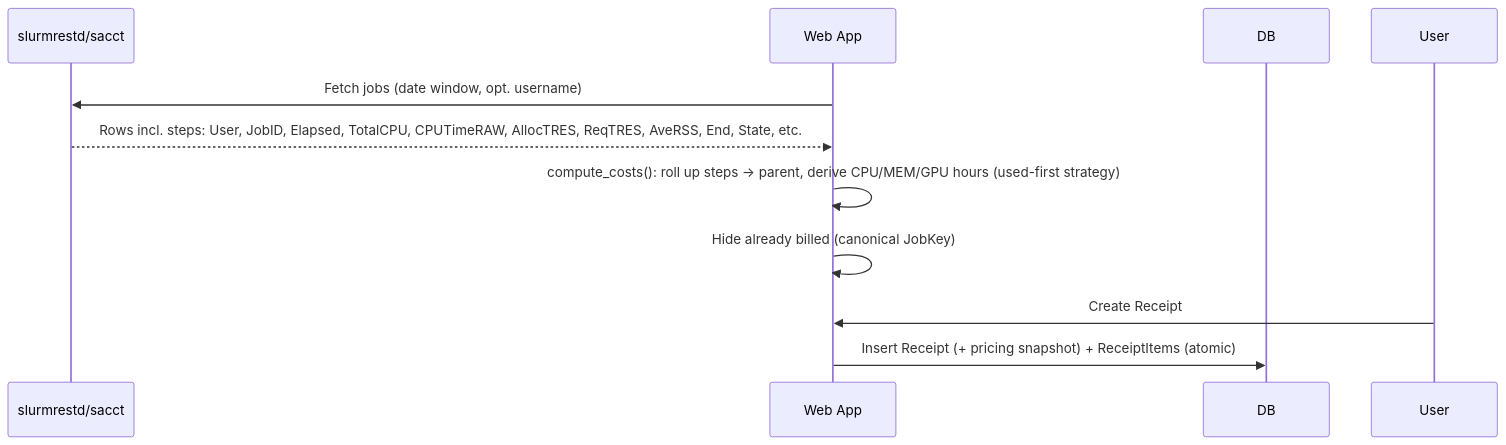
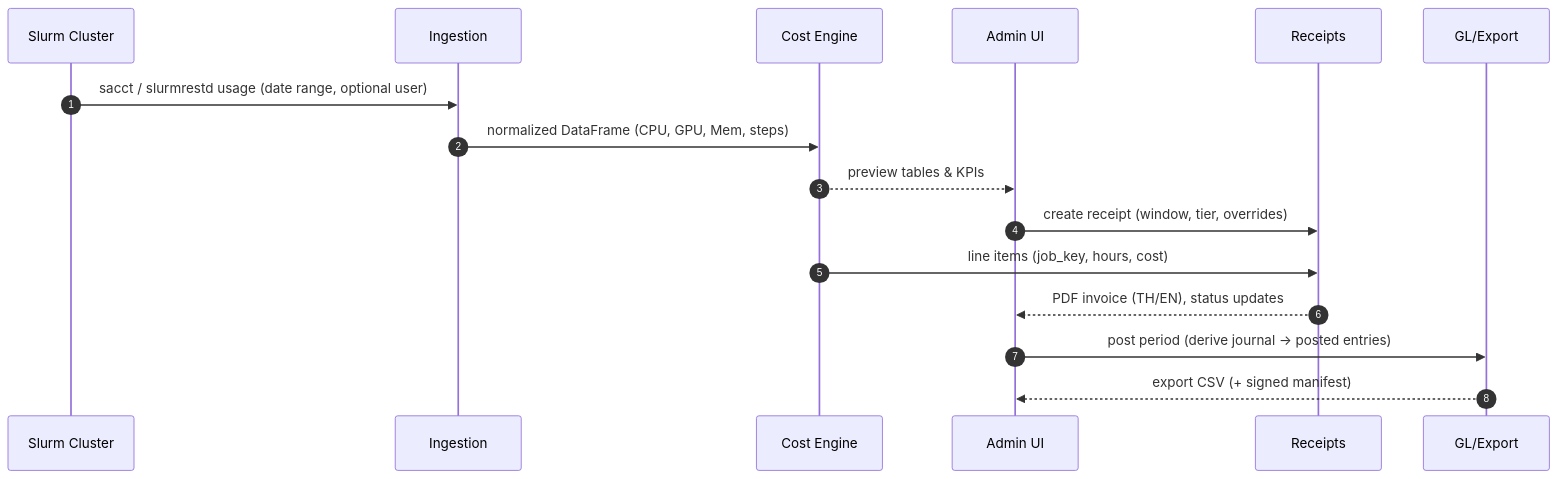
One commit to Purinat33/hpc_flask changed the second of 2 diagrams in docs/index.md. Above: the diagram before and after it, drawn with Mermaid. The commit also changed other lines of this file and 3 other files, not shown here.

````diff
--- a/docs/index.md
+++ b/docs/index.md
@@ -101,13 +118,19 @@
 ```mermaid
 sequenceDiagram
-  participant Slurm as slurmrestd/sacct
-  participant App as Web App
-  participant DB as DB
+    autonumber
+    participant Slurm as Slurm Cluster
+    participant Ingest as Ingestion
+    participant Engine as Cost Engine
+    participant Admin as Admin UI
+    participant AR as Receipts
+    participant GL as GL/Export
 
-  App->>Slurm: Fetch jobs (date window, opt. username)
-  Slurm-->>App: Rows incl. steps: User, JobID, Elapsed, TotalCPU, CPUTimeRAW, AllocTRES, ReqTRES, AveRSS, End, State, etc.
-  App->>App: compute_costs(): roll up steps → parent, derive CPU/MEM/GPU hours (used-first strategy)
-  App->>App: Hide already billed (canonical JobKey)
-  User->>App: Create Receipt
-  App->>DB: Insert Receipt (+ pricing snapshot) + ReceiptItems (atomic)
+    Slurm->>Ingest: sacct / slurmrestd usage (date range, optional user)
+    Ingest->>Engine: normalized DataFrame (CPU, GPU, Mem, steps)
+    Engine-->>Admin: preview tables & KPIs
+    Admin->>AR: create receipt (window, tier, overrides)
+    Engine->>AR: line items (job_key, hours, cost)
+    AR-->>Admin: PDF invoice (TH/EN), status updates
+    Admin->>GL: post period (derive journal → posted entries)
+    GL-->>Admin: export CSV (+ signed manifest)
 ```
````
